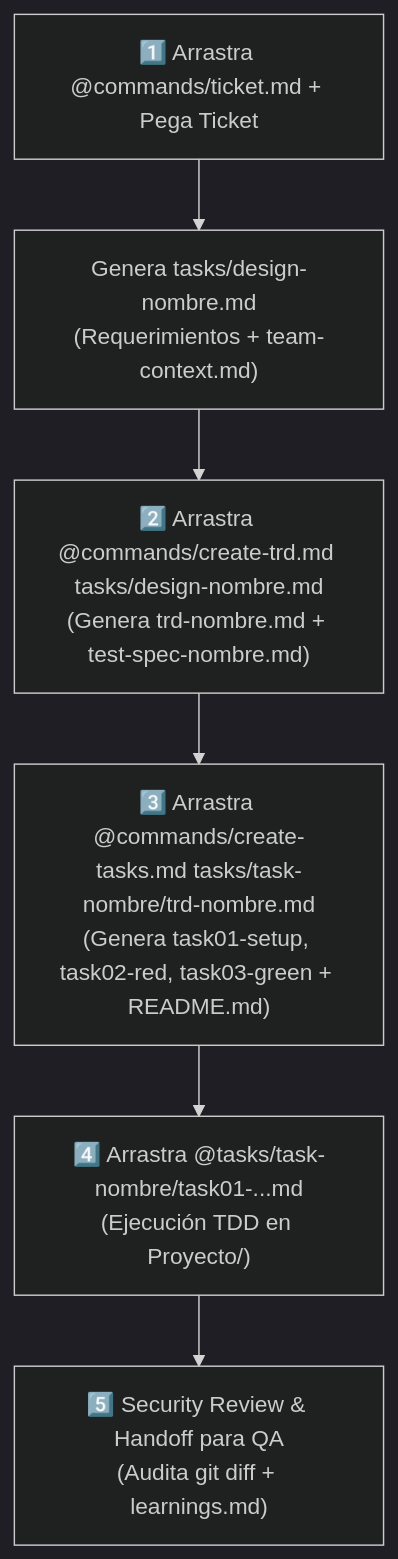
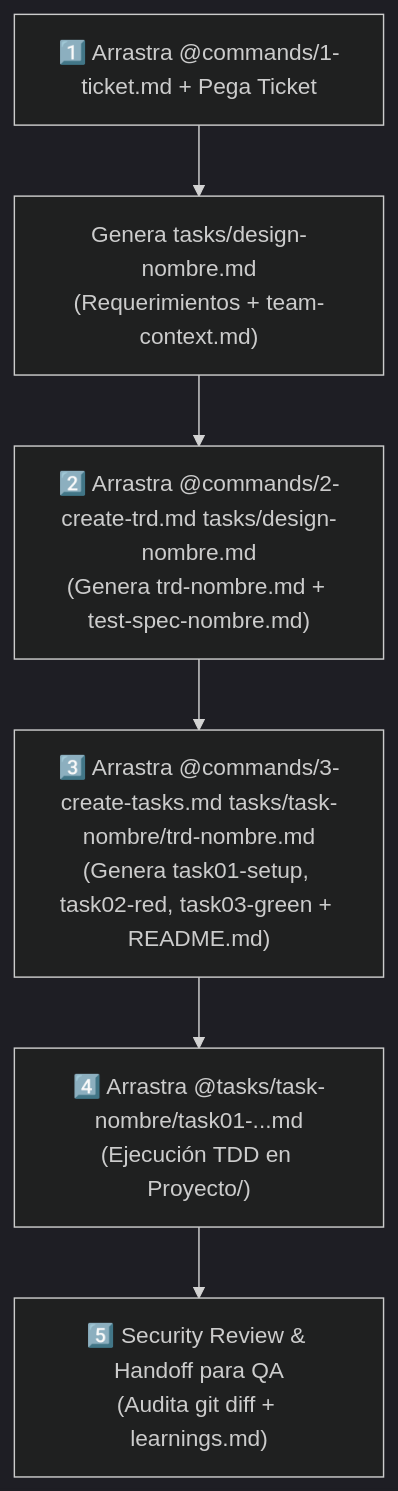
Before and after one commit to NXT-pixel/Faena: the diagram in AGENTS.md, drawn with Mermaid (dark theme). The commit also changed other lines of this file and 10 other files, not shown here.

Commit message:
refactor(commands): Prefix commands with execution order numbers (1-ticket, 2-create-trd, 3-create-tasks, 4-update-context)

````diff
--- a/AGENTS.md
+++ b/AGENTS.md
@@ -39,8 +39,8 @@
 ```mermaid
 flowchart TD
-    T["1️⃣ Arrastra @commands/ticket.md + Pega Ticket"] --> P1["Genera tasks/design-nombre.md\n(Requerimientos + team-context.md)"]
-    P1 --> P2["2️⃣ Arrastra @commands/create-trd.md tasks/design-nombre.md\n(Genera trd-nombre.md + test-spec-nombre.md)"]
-    P2 --> P3["3️⃣ Arrastra @commands/create-tasks.md tasks/task-nombre/trd-nombre.md\n(Genera task01-setup, task02-red, task03-green + README.md)"]
+    T["1️⃣ Arrastra @commands/1-ticket.md + Pega Ticket"] --> P1["Genera tasks/design-nombre.md\n(Requerimientos + team-context.md)"]
+    P1 --> P2["2️⃣ Arrastra @commands/2-create-trd.md tasks/design-nombre.md\n(Genera trd-nombre.md + test-spec-nombre.md)"]
+    P2 --> P3["3️⃣ Arrastra @commands/3-create-tasks.md tasks/task-nombre/trd-nombre.md\n(Genera task01-setup, task02-red, task03-green + README.md)"]
     P3 --> P4["4️⃣ Arrastra @tasks/task-nombre/task01-...md\n(Ejecución TDD en Proyecto/)"]
     P4 --> P5["5️⃣ Security Review & Handoff para QA\n(Audita git diff + learnings.md)"]
 ```
````
